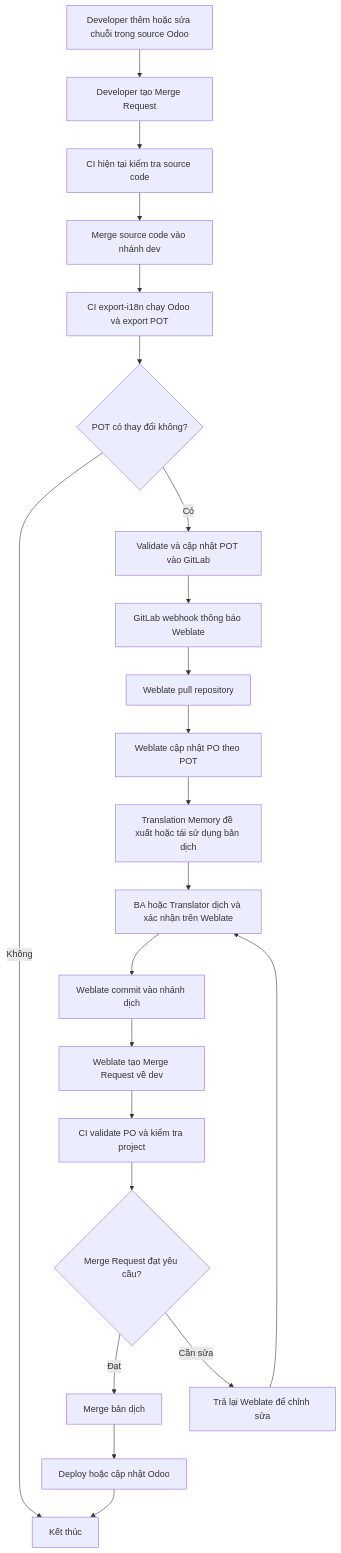
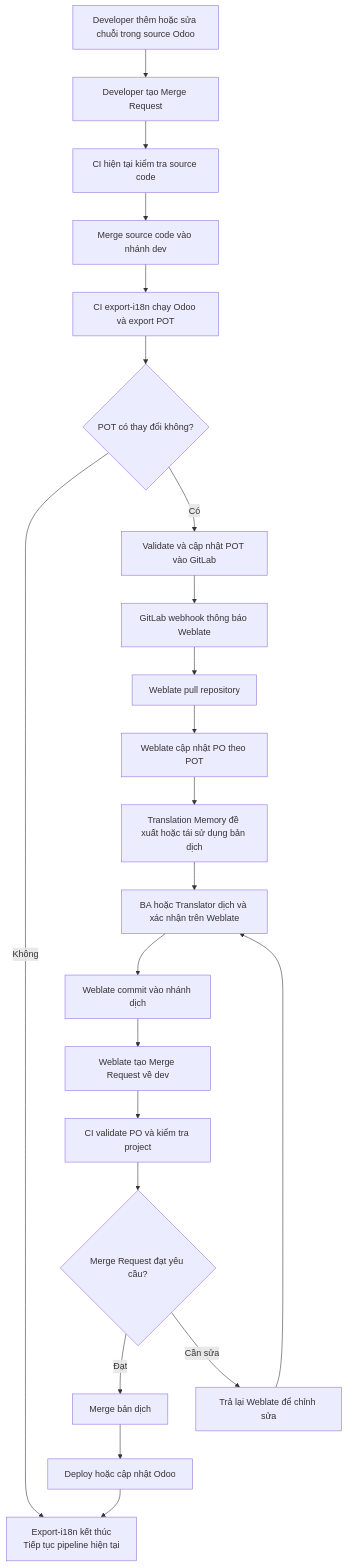
One commit to linh404/VDX-intern changed the first of 4 diagrams in weblate/README.md. Above: the diagram before and after it, drawn with Mermaid. The commit also changed other lines of this file, not shown here.

````diff
--- a/weblate/README.md
+++ b/weblate/README.md
@@ -59,45 +59,45 @@
 ```mermaid
 flowchart TD
     A[Developer thêm hoặc sửa chuỗi trong source Odoo]
     B[Developer tạo Merge Request]
     C[CI hiện tại kiểm tra source code]
     D[Merge source code vào nhánh dev]
     E[CI export-i18n chạy Odoo và export POT]
     F{POT có thay đổi không?}
     G[Validate và cập nhật POT vào GitLab]
     H[GitLab webhook thông báo Weblate]
     I[Weblate pull repository]
     J[Weblate cập nhật PO theo POT]
     K[Translation Memory đề xuất hoặc tái sử dụng bản dịch]
     L[BA hoặc Translator dịch và xác nhận trên Weblate]
     M[Weblate commit vào nhánh dịch]
     N[Weblate tạo Merge Request về dev]
     O[CI validate PO và kiểm tra project]
     P{Merge Request đạt yêu cầu?}
     Q[Merge bản dịch]
     R[Deploy hoặc cập nhật Odoo]
-    S[Kết thúc]
+    S[Export-i18n kết thúc<br/>Tiếp tục pipeline hiện tại]
     T[Trả lại Weblate để chỉnh sửa]
 
     A --> B
     B --> C
     C --> D
     D --> E
     E --> F
     F -- Không --> S
     F -- Có --> G
     G --> H
     H --> I
     I --> J
     J --> K
     K --> L
     L --> M
     M --> N
     N --> O
     O --> P
     P -- Đạt --> Q
     Q --> R
     R --> S
     P -- Cần sửa --> T
     T --> L
 ```
````
